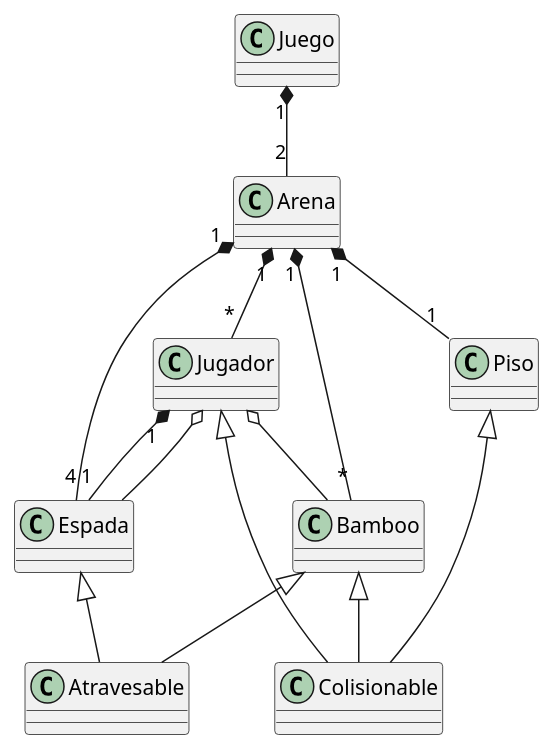
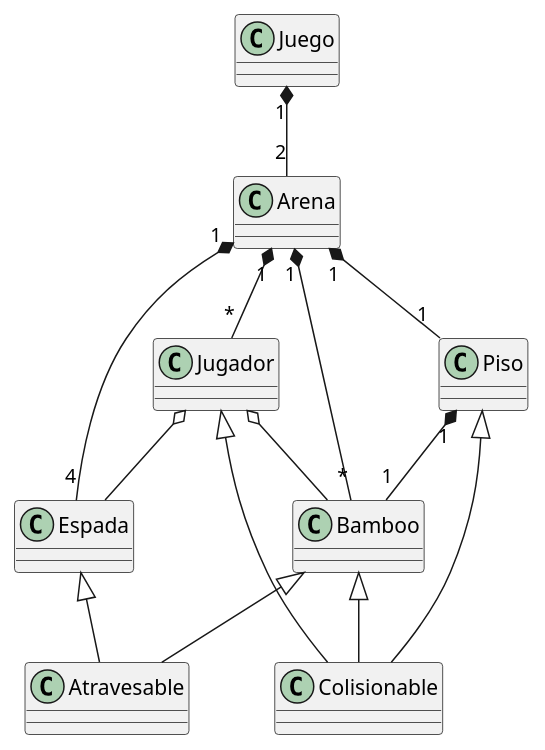
Before and after one commit to GeraMG1105/Espaditas: the diagram in docs/espaditas.puml, drawn with PlantUML. The commit also changed 12 other files, not shown here.

```diff
--- a/docs/espaditas.puml
+++ b/docs/espaditas.puml
@@ -1,35 +1,36 @@
 @startuml espaditas
 
 class Juego
 class Jugador
 class Espada
 class Arena
 class Bamboo
 class Colisionable
 class Atravesable
 class Piso 
 
 
 
 Juego "1" *--  "2" Arena
 
 
 Arena "1" *-- "*" Bamboo
 Arena "1" *-- "4" Espada
 Arena "1" *-- "1" Piso
 Arena "1" *-- "*" Jugador
-Jugador "1" *-- "1" Espada
+Piso "1" *-- "1" Bamboo
+
 
 Jugador o-- Bamboo
-Jugador o-- Espada
+Jugador  o-- Espada
 
 
 Bamboo <|-- Atravesable
 Espada <|-- Atravesable
 
 Jugador <|-- Colisionable
 Bamboo <|-- Colisionable
 Piso <|-- Colisionable
 
 
 @enduml
```
